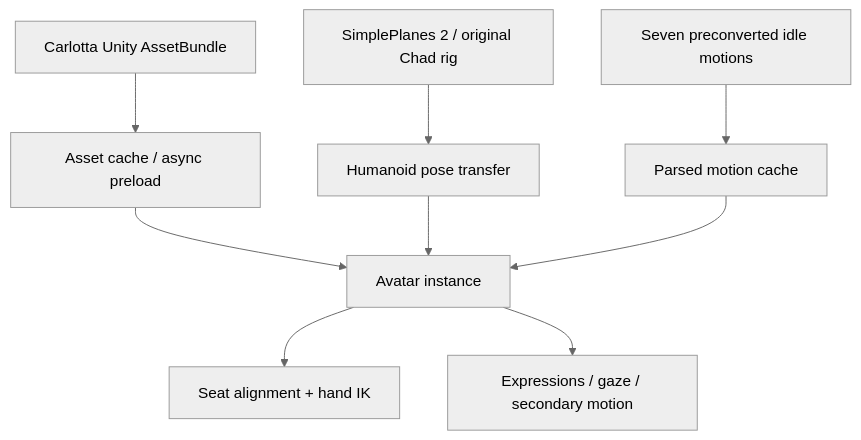
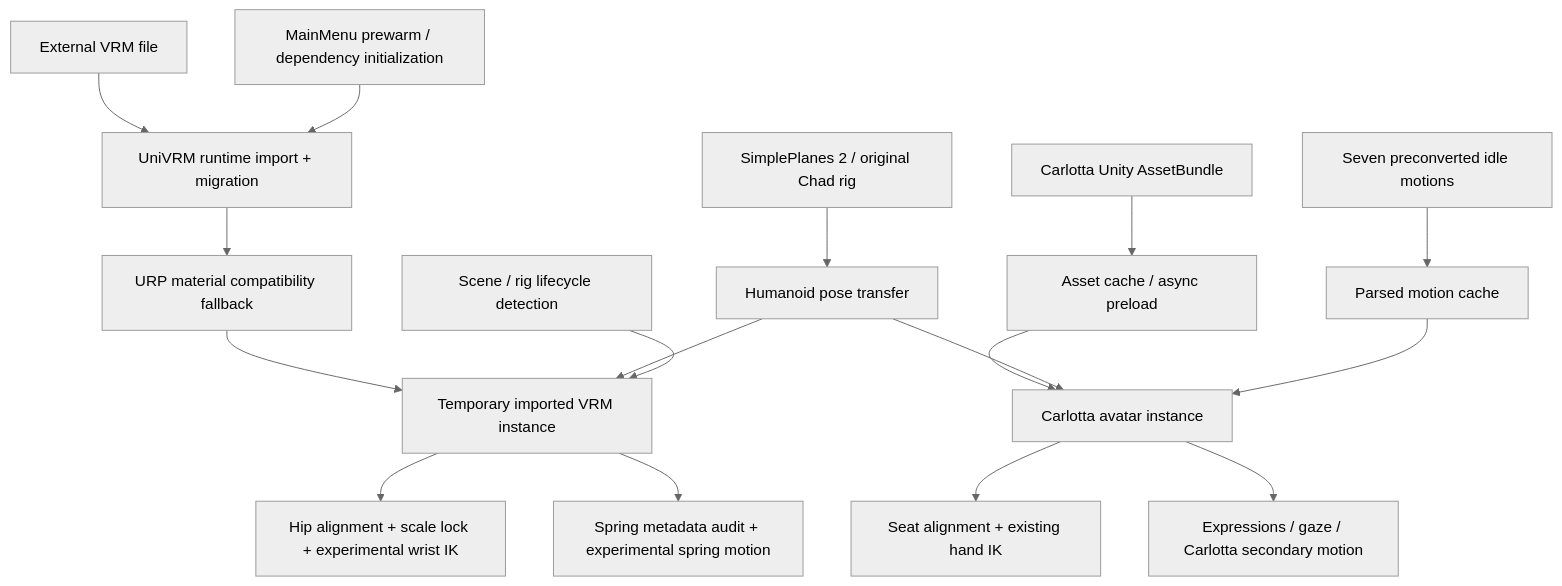
One commit to Aeoeo0115/SimplePlanes2-Chad-to-Carlotta changed the diagram in docs/DEVELOPMENT_PROGRESS.md. Above: the diagram before and after it, drawn with Mermaid (neutral theme). The commit also changed other lines of this file, not shown here.

````diff
--- a/docs/DEVELOPMENT_PROGRESS.md
+++ b/docs/DEVELOPMENT_PROGRESS.md
@@ -17,11 +13,20 @@
 ```mermaid
 flowchart TD
     A[SimplePlanes 2 / original Chad rig] --> B[Humanoid pose transfer]
     C[Carlotta Unity AssetBundle] --> D[Asset cache / async preload]
-    D --> E[Avatar instance]
+    D --> E[Carlotta avatar instance]
     B --> E
-    E --> F[Seat alignment + hand IK]
-    E --> G[Expressions / gaze / secondary motion]
+    E --> F[Seat alignment + existing hand IK]
+    E --> G[Expressions / gaze / Carlotta secondary motion]
     H[Seven preconverted idle motions] --> I[Parsed motion cache]
     I --> E
+
+    J[External VRM file] --> K[UniVRM runtime import + migration]
+    K --> L[URP material compatibility fallback]
+    L --> M[Temporary imported VRM instance]
+    B --> M
+    M --> N[Hip alignment + scale lock + experimental wrist IK]
+    M --> O[Spring metadata audit + experimental spring motion]
+    P[MainMenu prewarm / dependency initialization] --> K
+    Q[Scene / rig lifecycle detection] --> M
 ```
````
